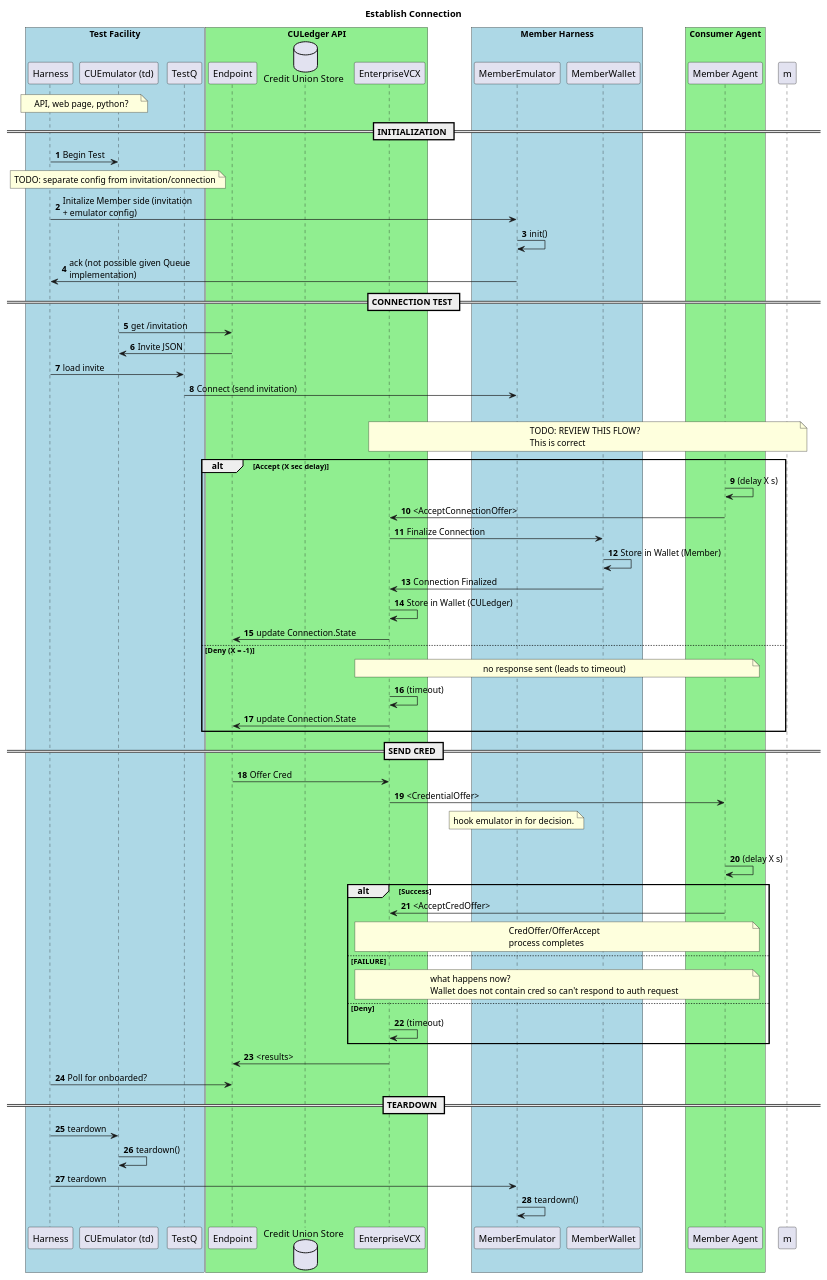
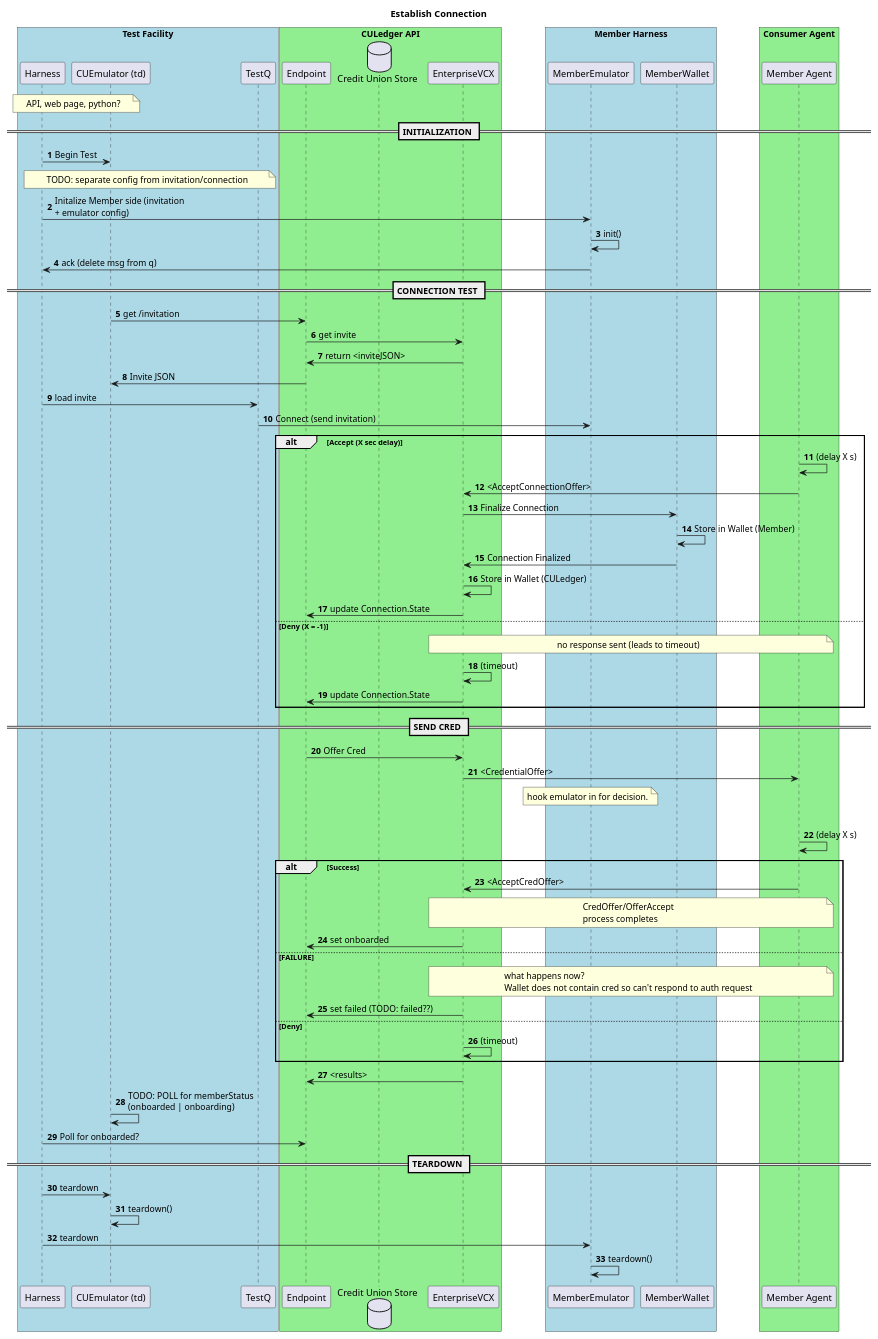
The diagram in puml/InvitationHarness.puml (twshelton/serverless), drawn with PlantUML before and after one commit.

```diff
--- a/puml/InvitationHarness.puml
+++ b/puml/InvitationHarness.puml
@@ -1,119 +1,125 @@
 @startuml
 skinparam maxmessagesize 200
 skinparam arrowsize 10
 title Establish Connection
 
 
 
 box "Test Facility" #lightblue
     participant "Harness" as th
     participant "CUEmulator (td)" as td
     participant "TestQ" as tq
 end box
 note over th, td
   API, web page, python?
 end note
 
 box "CULedger API" #lightgreen
     participant "Endpoint" as api
     database "Credit Union Store" as store
     participant "EnterpriseVCX" as evcx
 end box
 
 box "Member Harness" #lightblue
     participant "MemberEmulator" as sdk
 
     participant "MemberWallet" as mwallet
 end box
 
 box "Consumer Agent" #lightgreen
     participant "Member Agent" as magent
 end box
 
 
 
 
 
 autonumber
 == INITIALIZATION ==
 
 'th -> td: Initialize CU side
 'th -> th: init()
 'td -> th: ack
 
 th -> td: Begin Test
 
 note over th, tq
   TODO: separate config from invitation/connection
 end note
 th -> sdk: Initalize Member side (invitation + emulator config)
 sdk -> sdk: init()
-sdk -> th: ack (not possible given Queue implementation)
+sdk -> th: ack (delete msg from q)
 
 
 == CONNECTION TEST ==
 
 td -> api: get /invitation
+api -> evcx: get invite
+evcx -> api: return <inviteJSON>
 api -> td: Invite JSON
 th -> tq: load invite
 tq -> sdk: Connect (send invitation)
 
-alt Accept
-    note over evcx,m
-    TODO: REVIEW THIS FLOW?
-    This is correct
-    end note
-  alt Accept (X sec delay)
+
+alt Accept (X sec delay)
     magent -> magent: (delay X s)
     magent -> evcx: <AcceptConnectionOffer>
 
     evcx -> mwallet: Finalize Connection
     mwallet -> mwallet: Store in Wallet (Member)
     mwallet -> evcx: Connection Finalized
     evcx -> evcx: Store in Wallet (CULedger)
-'    api -> evcx: Connection.create (REAL????)
+    '    api -> evcx: Connection.create (REAL????)
     evcx -> api: update Connection.State
-  else Deny (X = -1)
-    note over evcx, magent
-    no response sent (leads to timeout)
-    end note
-    evcx -> evcx: (timeout)
-    evcx -> api: update Connection.State
+else Deny (X = -1)
+note over evcx, magent
+no response sent (leads to timeout)
+end note
+evcx -> evcx: (timeout)
+evcx -> api: update Connection.State
 end
+
 
 == SEND CRED ==
 
 api -> evcx: Offer Cred
 evcx -> magent: <CredentialOffer>
 
 note over sdk
   hook emulator in for decision.
 end note
 
 alt Accept
   magent -> magent: (delay X s)
   alt Success
     magent -> evcx: <AcceptCredOffer>
     note over evcx,magent
     CredOffer/OfferAccept
     process completes
     end note
+    evcx -> api: set onboarded
   else FAILURE
     note over evcx,magent
     what happens now?
     Wallet does not contain cred so can't respond to auth request
     end note
+    evcx -> api: set failed (TODO: failed??)
 
 else Deny
   evcx -> evcx: (timeout)
 
 end
 evcx -> api: <results>
+
+td -> td: TODO: POLL for memberStatus (onboarded | onboarding)
+
+
+
 th -> api: Poll for onboarded?
 == TEARDOWN ==
 
 th -> td: teardown
 td -> td: teardown()
 th -> sdk: teardown
 sdk -> sdk: teardown()
 @enduml
```
